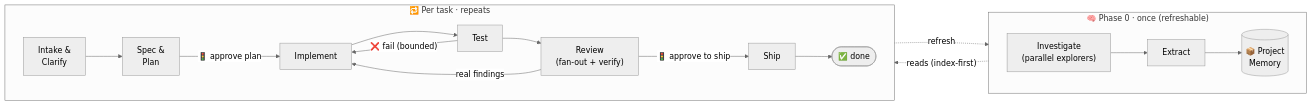
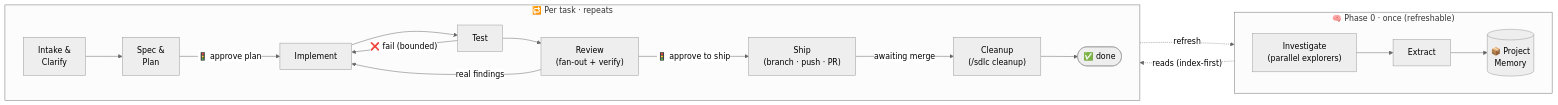
One commit to ultima95/sdlc-harness changed the diagram in README.md. Above: the diagram before and after it, drawn with Mermaid (neutral theme). The commit also changed other lines of this file, not shown here.

Commit message:
docs: README — /sdlc cleanup, git config block, shipped in lifecycle diagram

````diff
--- a/README.md
+++ b/README.md
@@ -34,22 +34,23 @@
 ```mermaid
 flowchart LR
   subgraph P0["🧠 Phase 0 · once (refreshable)"]
     direction LR
     I["Investigate<br/>(parallel explorers)"] --> X["Extract"] --> M[("📦 Project<br/>Memory")]
   end
 
   subgraph LOOP["🔁 Per task · repeats"]
     direction LR
     IN["Intake &<br/>Clarify"] --> SP["Spec &<br/>Plan"]
     SP -->|"🚦 approve plan"| IM["Implement"]
     IM --> T["Test"]
     T -->|"❌ fail (bounded)"| IM
     T --> RV["Review<br/>(fan-out + verify)"]
     RV -->|"real findings"| IM
-    RV -->|"🚦 approve to ship"| SH["Ship"]
-    SH --> DONE(["✅ done"])
+    RV -->|"🚦 approve to ship"| SH["Ship<br/>(branch · push · PR)"]
+    SH -->|"awaiting merge"| CL["Cleanup<br/>(/sdlc cleanup)"]
+    CL --> DONE(["✅ done"])
   end
 
   M -. "reads (index-first)" .-> IN
   SH -. "refresh" .-> M
 ```
````
